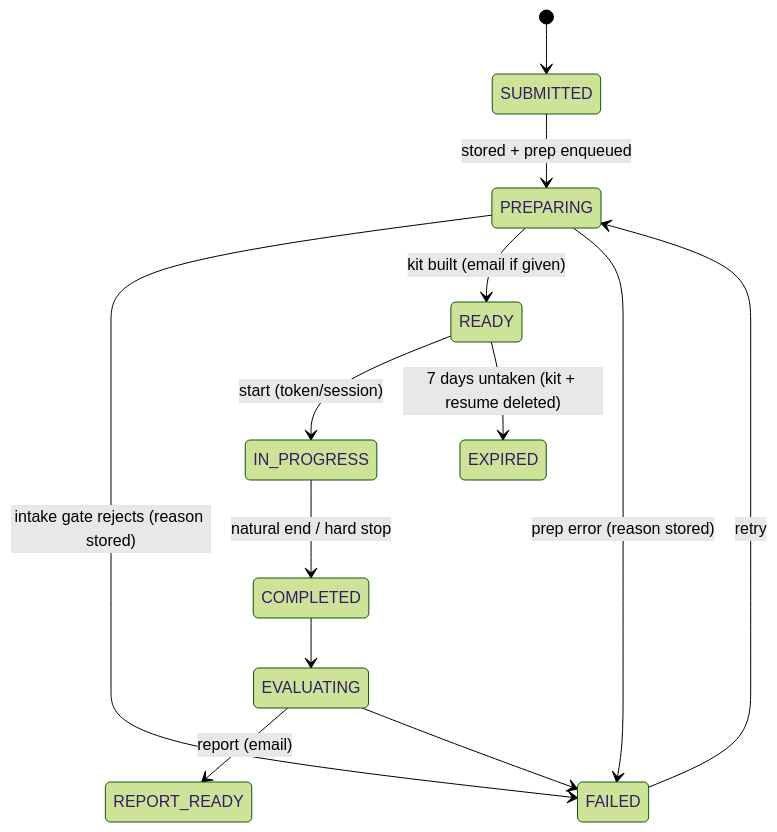
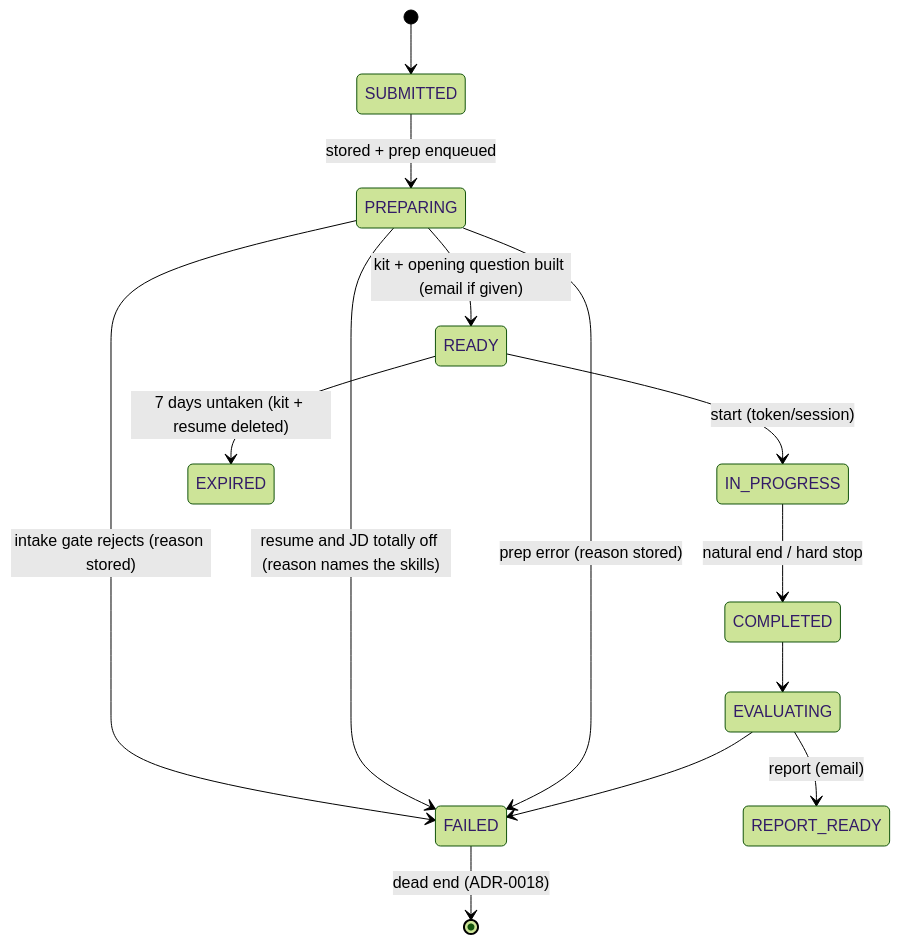
Before and after one commit to sshubham07/qualifai: the second of 4 diagrams in docs/architecture/hld.md, drawn with Mermaid (forest theme). The commit also changed other lines of this file and 39 other files, not shown here.

First line of the commit message:
resume-JD match check, opening question, live prep progress

````diff
--- a/docs/architecture/hld.md
+++ b/docs/architecture/hld.md
@@ -34,15 +34,16 @@
 ```mermaid
 stateDiagram-v2
   [*] --> SUBMITTED
   SUBMITTED --> PREPARING: stored + prep enqueued
   PREPARING --> FAILED: intake gate rejects (reason stored)
-  PREPARING --> READY: kit built (email if given)
+  PREPARING --> FAILED: resume and JD totally off (reason names the skills)
+  PREPARING --> READY: kit + opening question built (email if given)
   PREPARING --> FAILED: prep error (reason stored)
   READY --> IN_PROGRESS: start (token/session)
   READY --> EXPIRED: 7 days untaken (kit + resume deleted)
   IN_PROGRESS --> COMPLETED: natural end / hard stop
   COMPLETED --> EVALUATING
   EVALUATING --> REPORT_READY: report (email)
   EVALUATING --> FAILED
-  FAILED --> PREPARING: retry
+  FAILED --> [*]: dead end (ADR-0018)
 ```
````
